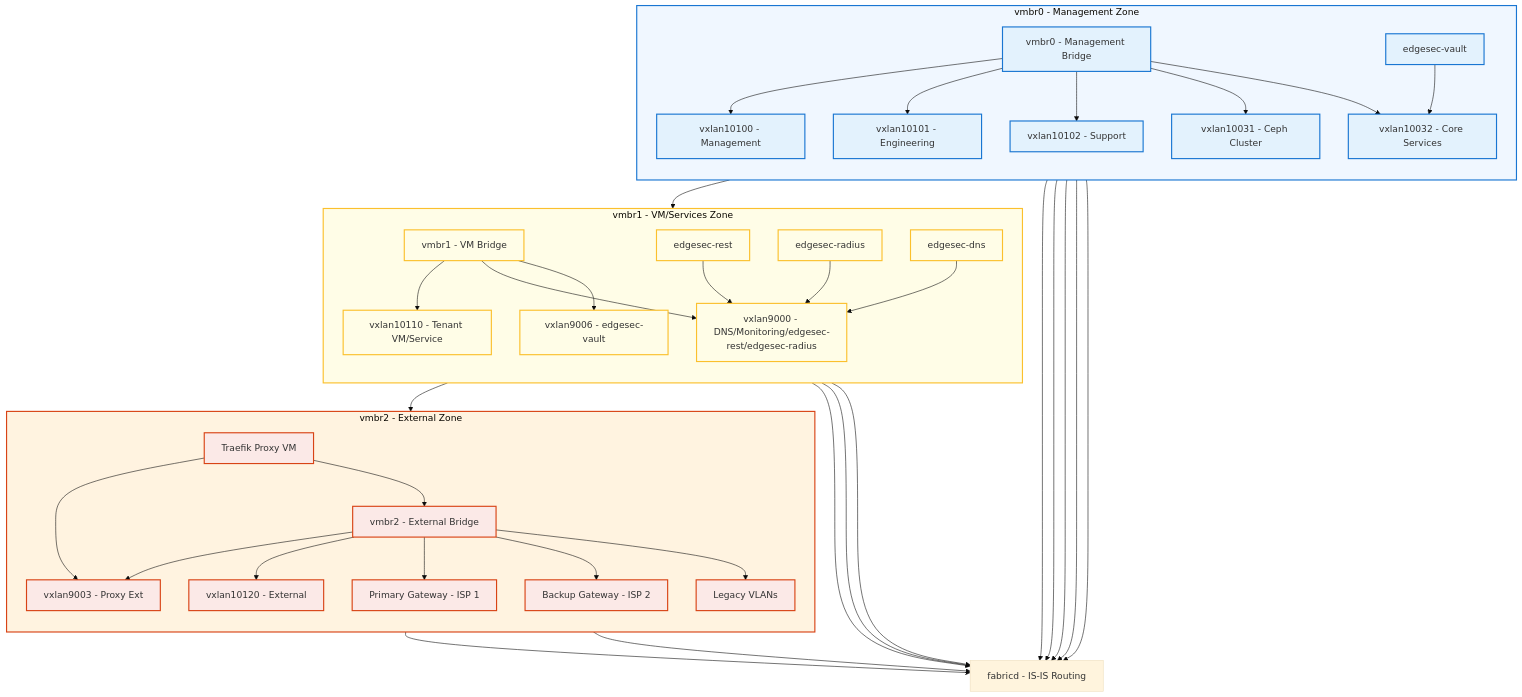
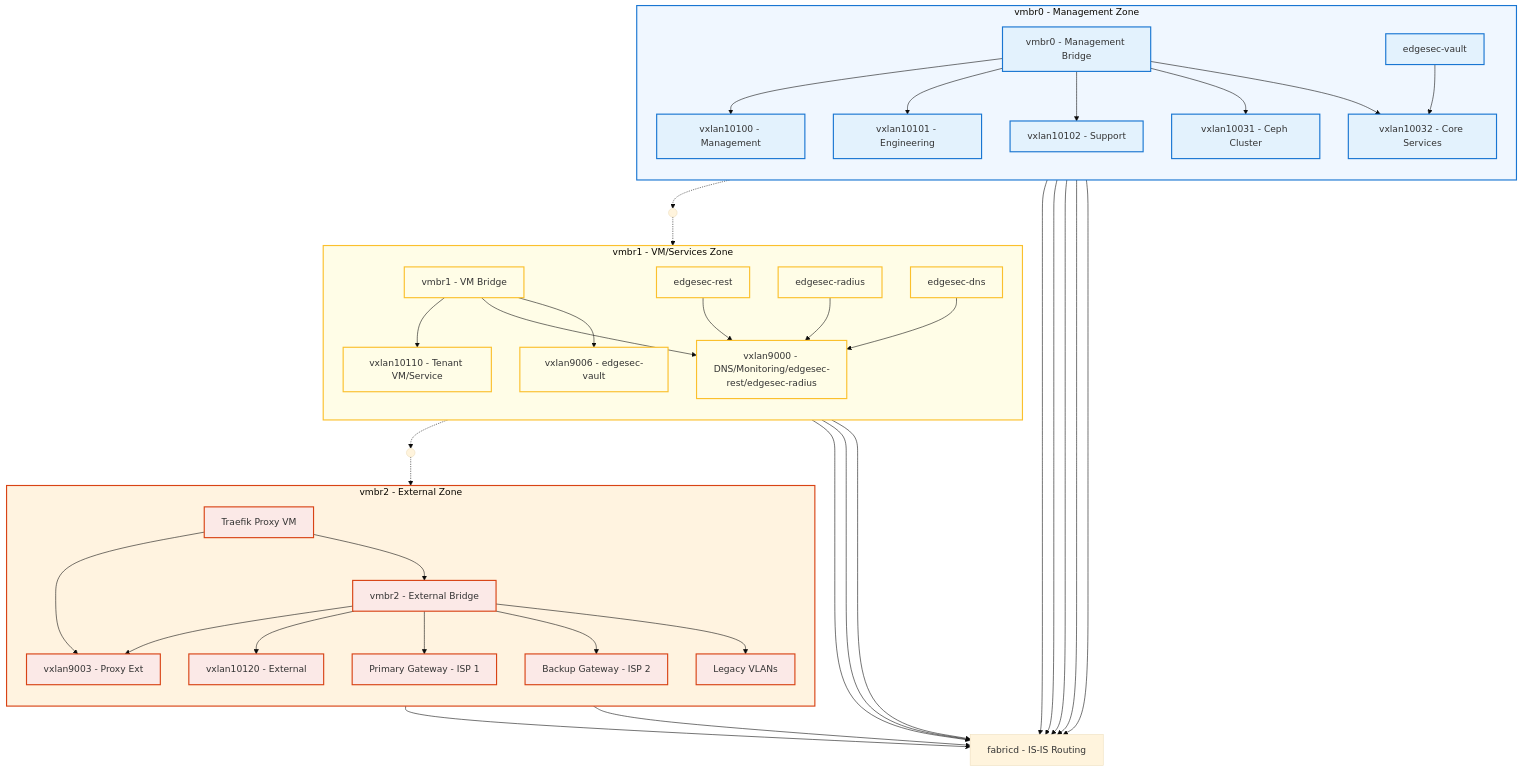
One commit to CEP-Comwell/proxmox_addons changed the diagram in README.md. Above: the diagram before and after it, drawn with Mermaid (base theme).

Commit message:
udpated grouping vertical with indents like a waterfall

````diff
--- a/README.md
+++ b/README.md
@@ -59,7 +59,7 @@
 ```mermaid
 graph TD
 
-  %% Management Zone (top, light blue background)
+  %% Management Zone (top left, light blue background)
   subgraph MgmtZone[vmbr0 - Management Zone]
     direction TB
     style MgmtZone fill:#f0f7ff,stroke:#1976d2,stroke-width:2px
@@ -78,48 +78,50 @@
     VaultVM --> VX10032
   end
 
-  %% VM/Services Zone (middle, light yellow background)
-  subgraph VMZone[vmbr1 - VM/Services Zone]
+  %% VM/Services Zone (middle, indented, light yellow background)
+  subgraph VMZone[  vmbr1 - VM/Services Zone]
     direction TB
     style VMZone fill:#fffde7,stroke:#fbc02d,stroke-width:2px
-    VMBridge[vmbr1 - VM Bridge]
-    VX10110[vxlan10110 - Tenant VM/Service]
-    VX9000[vxlan9000 - DNS/Monitoring/edgesec-rest/edgesec-radius]
-    VX9006[vxlan9006 - edgesec-vault]
+    VMBridge[  vmbr1 - VM Bridge]
+    VX10110[  vxlan10110 - Tenant VM/Service]
+    VX9000[  vxlan9000 - DNS/Monitoring/edgesec-rest/edgesec-radius]
+    VX9006[  vxlan9006 - edgesec-vault]
     VMBridge --> VX10110
     VMBridge --> VX9000
     VMBridge --> VX9006
-    RestVM[edgesec-rest]
-    RadiusVM[edgesec-radius]
-    DNSVM[edgesec-dns]
+    RestVM[  edgesec-rest]
+    RadiusVM[  edgesec-radius]
+    DNSVM[  edgesec-dns]
     RestVM --> VX9000
     RadiusVM --> VX9000
     DNSVM --> VX9000
   end
 
-  %% External Zone (bottom, light red background)
-  subgraph ExtZone[vmbr2 - External Zone]
+  %% External Zone (bottom, more indented, light red background)
+  subgraph ExtZone[    vmbr2 - External Zone]
     direction TB
     style ExtZone fill:#fff3e0,stroke:#d84315,stroke-width:2px
-    ExtBridge[vmbr2 - External Bridge]
-    VX9003[vxlan9003 - Proxy Ext]
-    VX10120[vxlan10120 - External]
+    ExtBridge[    vmbr2 - External Bridge]
+    VX9003[    vxlan9003 - Proxy Ext]
+    VX10120[    vxlan10120 - External]
     ExtBridge --> VX9003
     ExtBridge --> VX10120
-    ProxyVM[Traefik Proxy VM]
+    ProxyVM[    Traefik Proxy VM]
     ProxyVM --> VX9003
     ProxyVM --> ExtBridge
-    Gateway1[Primary Gateway - ISP 1]
-    Gateway2[Backup Gateway - ISP 2]
-    LegacyVLAN[Legacy VLANs]
+    Gateway1[    Primary Gateway - ISP 1]
+    Gateway2[    Backup Gateway - ISP 2]
+    LegacyVLAN[    Legacy VLANs]
     ExtBridge --> Gateway1
     ExtBridge --> Gateway2
     ExtBridge --> LegacyVLAN
   end
 
-  %% Waterfall connections between bridge zones
-  MgmtBridge --> VMBridge
-  VMBridge --> ExtBridge
+  %% Waterfall connections between bridge zones (with invisible nodes for indentation)
+  MgmtBridge -.-> VMZoneStart(( ))
+  VMZoneStart -.-> VMBridge
+  VMBridge -.-> ExtZoneStart(( ))
+  ExtZoneStart -.-> ExtBridge
 
   %% VXLANs to fabricd (global, not in subgraph)
   Fabricd[fabricd - IS-IS Routing]
````
